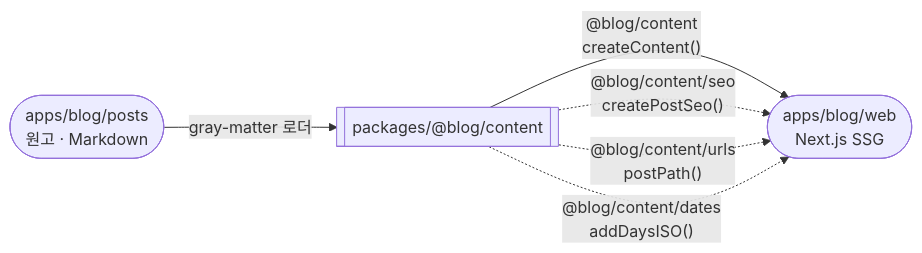
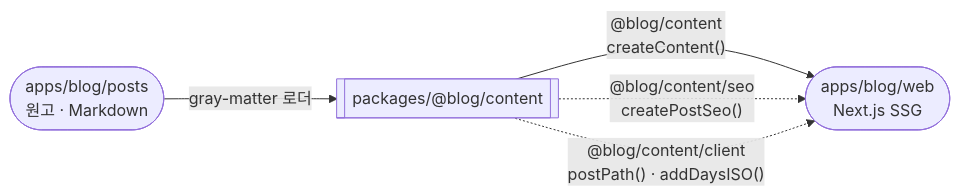
The first of 4 diagrams in packages/@blog/content/README.md (Han5991/fe-lab), drawn with Mermaid before and after one commit. The commit also changed other lines of this file and 18 other files, not shown here.

First line of the commit message:
feat(blog-content): 클라이언트 문을 하나로 합친다

````diff
--- a/packages/@blog/content/README.md
+++ b/packages/@blog/content/README.md
@@ -39,11 +41,10 @@
 ```mermaid
 flowchart LR
   posts(["apps/blog/posts<br/>원고 · Markdown"])
   pkg[["packages/@blog/content"]]
   app(["apps/blog/web<br/>Next.js SSG"])
   posts -->|"gray-matter 로더"| pkg
   pkg -->|"@blog/content<br/>createContent()"| app
   pkg -.->|"@blog/content/seo<br/>createPostSeo()"| app
-  pkg -.->|"@blog/content/urls<br/>postPath()"| app
-  pkg -.->|"@blog/content/dates<br/>addDaysISO()"| app
+  pkg -.->|"@blog/content/client<br/>postPath() · addDaysISO()"| app
 ```
````
